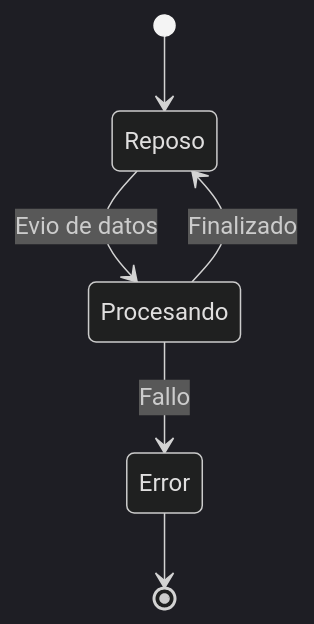
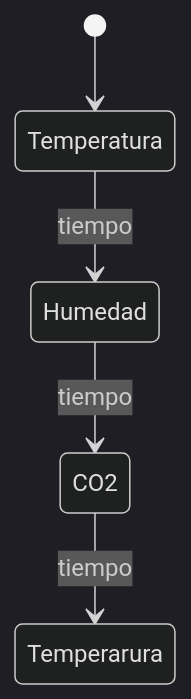
One commit to monsterRrat/SCTR_EstacionMeteorologica changed the diagram in README.md. Above: the diagram before and after it, drawn with Mermaid (dark theme).

Commit message:
docs(readme): corregir maquina de estados

````diff
--- a/README.md
+++ b/README.md
@@ -13,8 +13,9 @@
 ```mermaid
 stateDiagram-v2
-    [*] --> Reposo
-    Reposo --> Procesando: Evio de datos
-    Procesando --> Reposo: Finalizado
-    Procesando --> Error: Fallo
-    Error --> [*]
+    [*] --> Temperatura
+
+    Temperatura --> Humedad :tiempo
+    Humedad --> CO2 : tiempo
+    CO2 --> Temperarura : tiempo
+    
 ```
````
